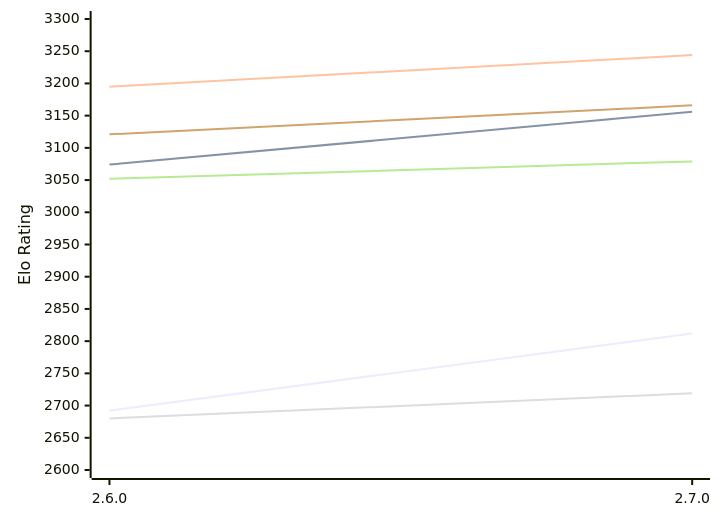
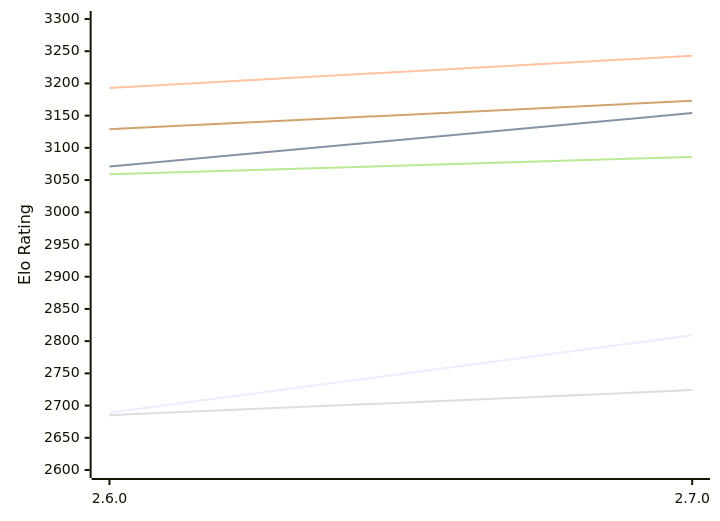
One commit to computer-chess-index/cci changed the first of 2 diagrams in engines/Sturddle2.md. Above: the diagram before and after it, drawn with Mermaid. The commit also changed other lines of this file, not shown here.

Commit message:
Update CCI Ratings (ELO VLTC) - 2026-11-23

````diff
--- a/engines/Sturddle2.md
+++ b/engines/Sturddle2.md
@@ -51,12 +51,12 @@
 ```mermaid
 %%{init: {"theme":"base","themeVariables":{"seriesColors:['#a3a3a3','#222221','#faa371']}}}%%
 xychart-beta
   x-axis ["2.6.0", "2.7.0"]
   y-axis "Elo Rating" 2600 --> 3300
-  line "E1: STC (8.0+0.08s)" [2692, 2812]
-  line "E1: LTC (60.0+0.60s)" [3074, 3156]
-  line "E1: VLTC (2m24s+1.12s)" [3195, 3244]
-  line "P1: STC (8.0+0.08s)" [2680, 2719]
-  line "P1: LTC (60.0+0.60s)" [3052, 3079]
-  line "P1: VLTC (2m24s+1.12s)" [3121, 3166]
+  line "E1: STC (8.0+0.08s)" [2689, 2809]
+  line "E1: LTC (60.0+0.60s)" [3071, 3154]
+  line "E1: VLTC (2m24s+1.12s)" [3193, 3243]
+  line "P1: STC (8.0+0.08s)" [2685, 2724]
+  line "P1: LTC (60.0+0.60s)" [3059, 3086]
+  line "P1: VLTC (2m24s+1.12s)" [3129, 3173]
 ```
````
